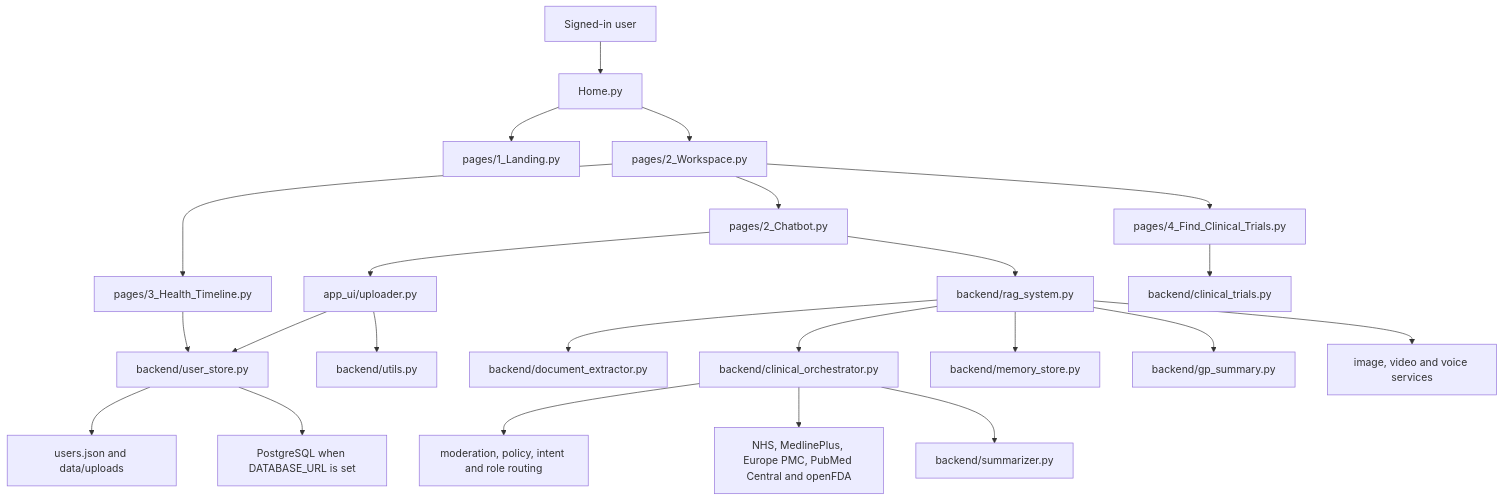
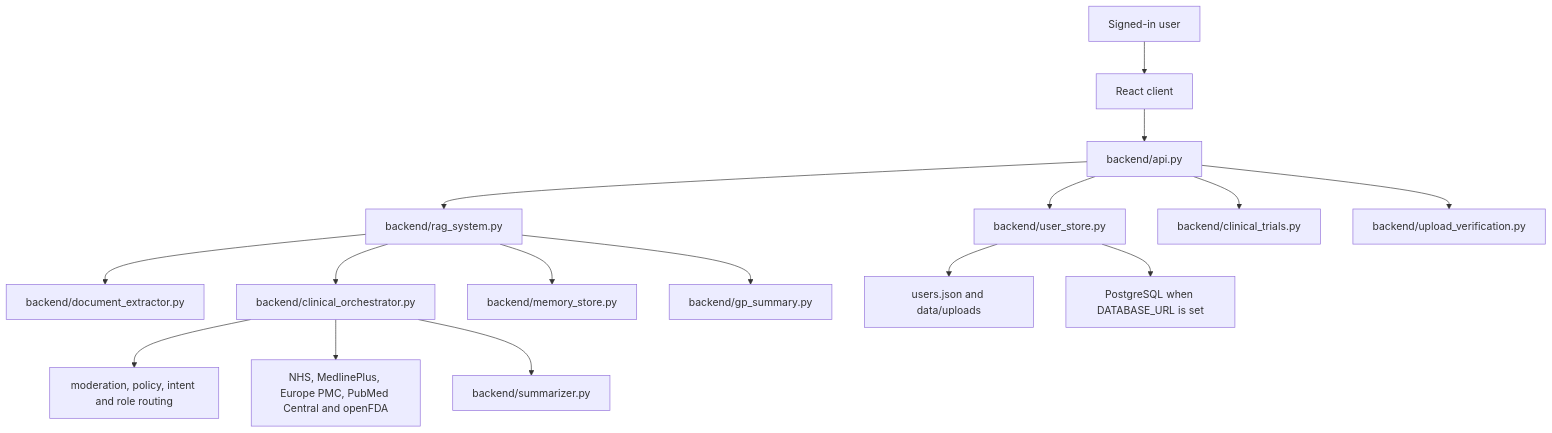
One commit to Franosei/my_health_chatbot changed the diagram in README.md. Above: the diagram before and after it, drawn with Mermaid. The commit also changed other lines of this file and 16 other files, not shown here.

````diff
--- a/README.md
+++ b/README.md
@@ -38,29 +104,18 @@
 ```mermaid
 flowchart TD
-    User[Signed-in user] --> Home[Home.py]
-    Home --> Landing[pages/1_Landing.py]
-    Home --> Workspace[pages/2_Workspace.py]
-    Workspace --> Chat[pages/2_Chatbot.py]
-    Workspace --> Timeline[pages/3_Health_Timeline.py]
-    Workspace --> Trials[pages/4_Find_Clinical_Trials.py]
-
-    Chat --> UploadUI[app_ui/uploader.py]
-    Chat --> RAG[backend/rag_system.py]
-    Timeline --> Store[backend/user_store.py]
-    Trials --> TrialSearch[backend/clinical_trials.py]
-
-    UploadUI --> PDFText[backend/utils.py]
-    UploadUI --> Store
+    User[Signed-in user] --> React[React client]
+    React --> API[backend/api.py]
+    API --> Store[backend/user_store.py]
+    API --> RAG[backend/rag_system.py]
+    API --> Trials[backend/clinical_trials.py]
+    API --> Uploads[backend/upload_verification.py]
     RAG --> Extractor[backend/document_extractor.py]
     RAG --> Orchestrator[backend/clinical_orchestrator.py]
     RAG --> Memory[backend/memory_store.py]
     RAG --> GP[backend/gp_summary.py]
-    RAG --> Media[image, video and voice services]
-
     Orchestrator --> Safety[moderation, policy, intent and role routing]
     Orchestrator --> Evidence[NHS, MedlinePlus, Europe PMC, PubMed Central and openFDA]
     Orchestrator --> LLM[backend/summarizer.py]
-
     Store --> Local[users.json and data/uploads]
     Store --> Postgres[PostgreSQL when DATABASE_URL is set]
 ```
````
